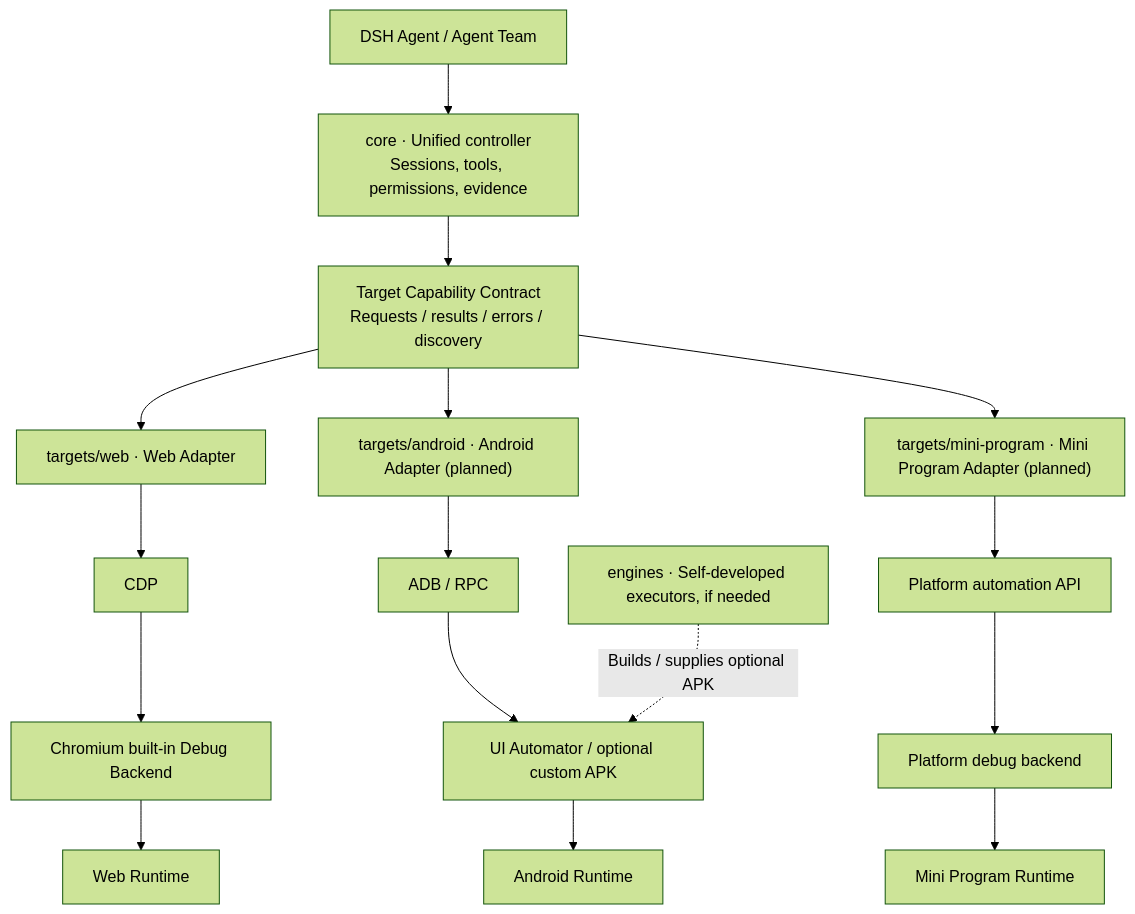
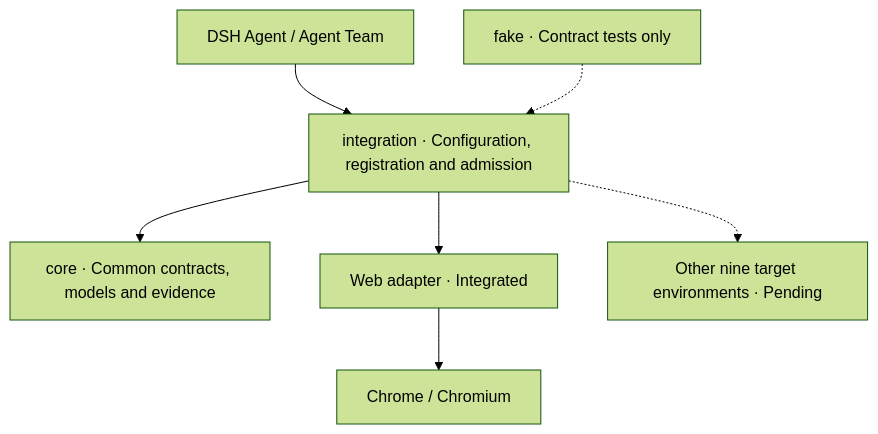
One commit to bloodarea/dsh-agent-team-ui-testing changed the diagram in README.md. Above: the diagram before and after it, drawn with Mermaid (forest theme). The commit also changed other lines of this file and 2 other files, not shown here.

````diff
--- a/README.md
+++ b/README.md
@@ -140,12 +65,9 @@
 ```mermaid
 flowchart TB
-    AI["DSH Agent / Agent Team"] --> CORE["core · Unified controller<br/>Sessions, tools, permissions, evidence"]
-    CORE --> CONTRACT["Target Capability Contract<br/>Requests / results / errors / discovery"]
-    CONTRACT --> WEB["targets/web · Web Adapter"]
-    CONTRACT --> AND["targets/android · Android Adapter (planned)"]
-    CONTRACT --> MINI["targets/mini-program · Mini Program Adapter (planned)"]
-    WEB --> CDP["CDP"] --> CHROME["Chromium built-in Debug Backend"] --> PAGE["Web Runtime"]
-    AND --> ADB["ADB / RPC"] --> AUTOMATE["UI Automator / optional custom APK"] --> PHONE["Android Runtime"]
-    MINI --> API["Platform automation API"] --> MP["Platform debug backend"] --> MINIAPP["Mini Program Runtime"]
-    ENGINES["engines · Self-developed executors, if needed"] -. "Builds / supplies optional APK" .-> AUTOMATE
+    A["DSH Agent / Agent Team"] --> I["integration · Configuration, registration and admission"]
+    I --> C["core · Common contracts, models and evidence"]
+    I --> W["Web adapter · Integrated"]
+    I -.-> N["Other nine target environments · Pending"]
+    W --> R["Chrome / Chromium"]
+    F["fake · Contract tests only"] -.-> I
 ```
````
